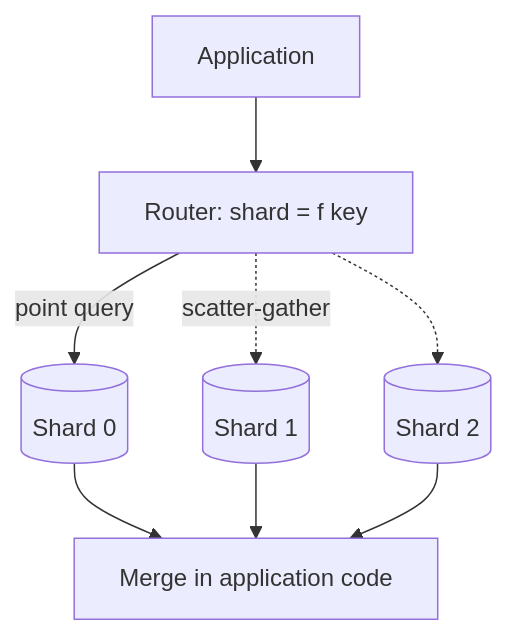
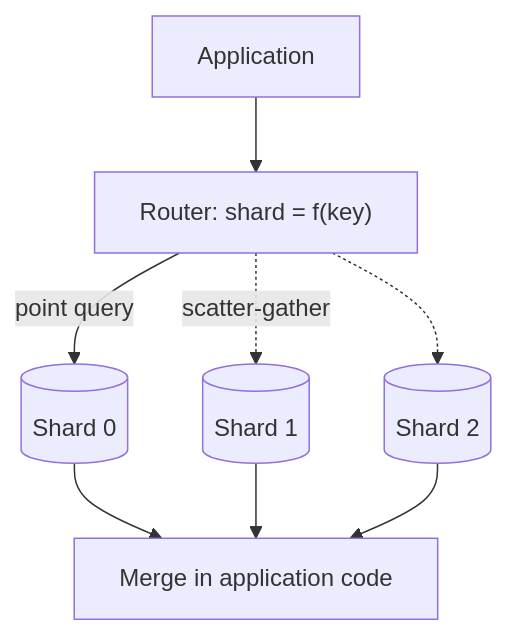
The diagram in SystemDesign/Database/03-sharding.md (salmanbd100/full-stack-software-engineer-guide), drawn with Mermaid before and after one commit. The commit also changed other lines of this file and 82 other files, not shown here.

````diff
--- a/SystemDesign/Database/03-sharding.md
+++ b/SystemDesign/Database/03-sharding.md
@@ -39,10 +39,10 @@
 ```mermaid
 flowchart TD
-    A[Application] --> R[Router: shard = f key]
-    R -->|point query| S1[(Shard 0)]
-    R -.->|scatter-gather| S2[(Shard 1)]
-    R -.-> S3[(Shard 2)]
-    S1 --> M[Merge in application code]
+    A["Application"] --> R["Router: shard = f(key)"]
+    R -->|"point query"| S1[("Shard 0")]
+    R -.->|"scatter-gather"| S2[("Shard 1")]
+    R -.-> S3[("Shard 2")]
+    S1 --> M["Merge in application code"]
     S2 --> M
     S3 --> M
 ```
````
